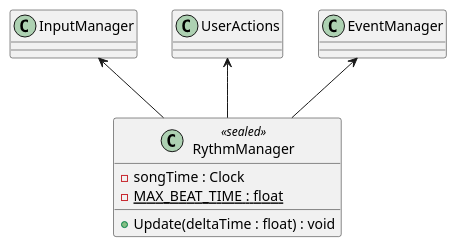
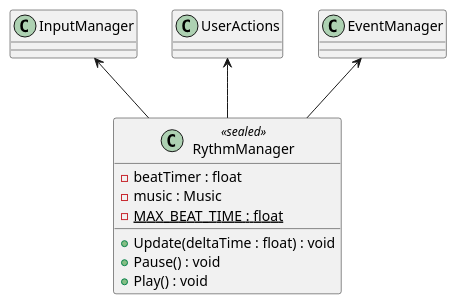
Before and after one commit to Ruby1405/PaceInvaders: the diagram in plantuml/RythmManager.puml, drawn with PlantUML. The commit also changed 17 other files, not shown here.

Commit message:
touchups and class diagram

```diff
--- a/plantuml/RythmManager.puml
+++ b/plantuml/RythmManager.puml
@@ -1,10 +1,13 @@
 @startuml
 class RythmManager <<sealed>> {
-    - songTime : Clock
+    - beatTimer : float
+    - music : Music
     - {static} MAX_BEAT_TIME : float
     + Update(deltaTime : float) : void
+    + Pause() : void
+    + Play() : void
 }
 InputManager <-- RythmManager
 UserActions <-- RythmManager
 EventManager <-- RythmManager
 @enduml
```
